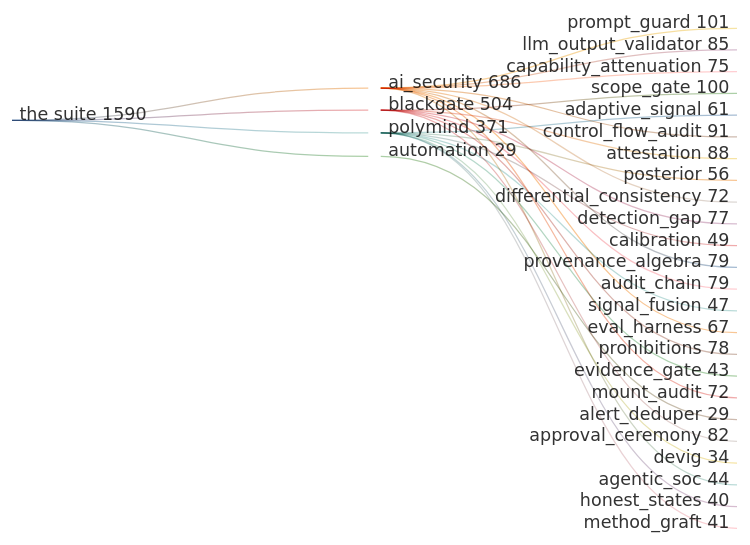
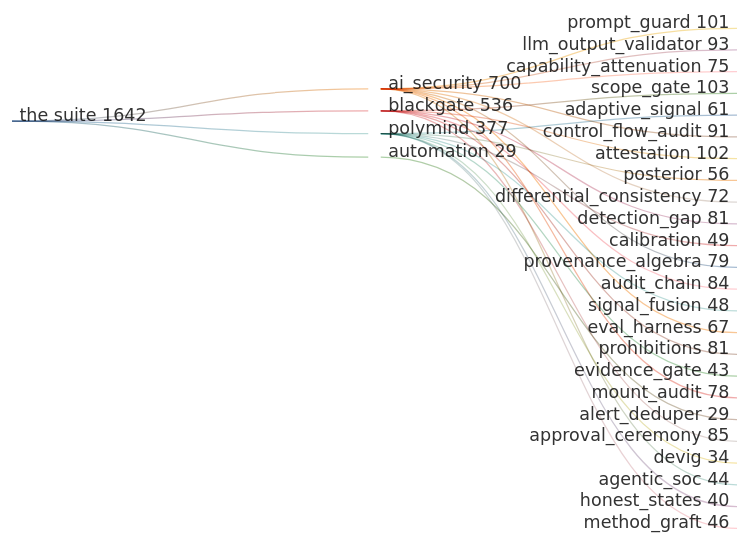
Before and after one commit to greeklinux/Showcase: the third of 5 diagrams in README.md, drawn with Mermaid. The commit also changed other lines of this file and 28 other files, not shown here.

````diff
--- a/README.md
+++ b/README.md
@@ -354,32 +354,32 @@
 ```mermaid
 sankey-beta
 
-the suite,ai_security,686
-the suite,blackgate,504
-the suite,polymind,371
+the suite,ai_security,700
+the suite,blackgate,536
+the suite,polymind,377
 the suite,automation,29
 ai_security,prompt_guard,101
-ai_security,llm_output_validator,85
+ai_security,llm_output_validator,93
 ai_security,capability_attenuation,75
 ai_security,control_flow_audit,91
 ai_security,differential_consistency,72
 ai_security,provenance_algebra,79
 ai_security,eval_harness,67
-ai_security,mount_audit,72
+ai_security,mount_audit,78
 ai_security,agentic_soc,44
-blackgate,scope_gate,100
-blackgate,attestation,88
-blackgate,detection_gap,77
-blackgate,audit_chain,79
-blackgate,prohibitions,78
-blackgate,approval_ceremony,82
+blackgate,scope_gate,103
+blackgate,attestation,102
+blackgate,detection_gap,81
+blackgate,audit_chain,84
+blackgate,prohibitions,81
+blackgate,approval_ceremony,85
 polymind,adaptive_signal,61
 polymind,posterior,56
 polymind,calibration,49
-polymind,signal_fusion,47
+polymind,signal_fusion,48
 polymind,evidence_gate,43
 polymind,devig,34
 polymind,honest_states,40
-polymind,method_graft,41
+polymind,method_graft,46
 automation,alert_deduper,29
 ```
````
